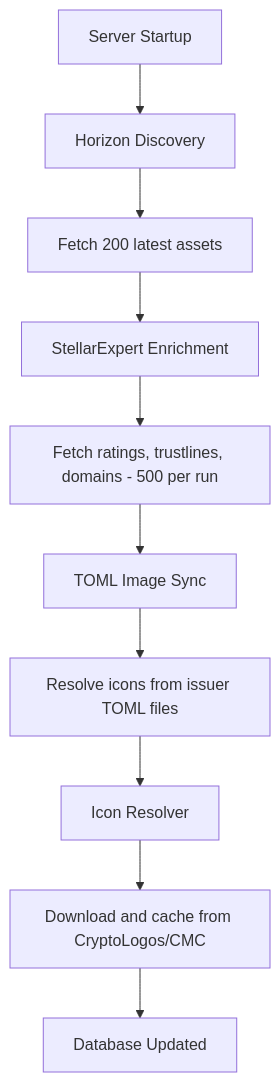
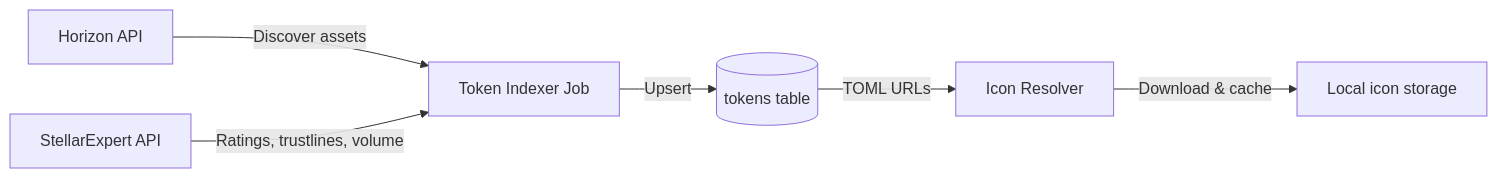
One commit to SM-Web-Systems/stellar-wallet changed the fourth of 5 diagrams in docs/ARCHITECTURE.md. Above: the diagram before and after it, drawn with Mermaid. The commit also changed other lines of this file and 5 other files, not shown here.

First line of the commit message:
docs: update README, architecture, API, MoSCoW, deployment, and FAQ

````diff
--- a/docs/ARCHITECTURE.md
+++ b/docs/ARCHITECTURE.md
@@ -84,12 +80,8 @@
 ```mermaid
-graph TD
-    A[Server Startup] --> B[Horizon Discovery]
-    B --> C[Fetch 200 latest assets]
-    C --> D[StellarExpert Enrichment]
-    D --> E[Fetch ratings, trustlines, domains - 500 per run]
-    E --> F[TOML Image Sync]
-    F --> G[Resolve icons from issuer TOML files]
-    G --> H[Icon Resolver]
-    H --> I[Download and cache from CryptoLogos/CMC]
-    I --> J[Database Updated]
+flowchart LR
+    A[Horizon API] -->|Discover assets| B[Token Indexer Job]
+    C[StellarExpert API] -->|Ratings, trustlines, volume| B
+    B -->|Upsert| D[(tokens table)]
+    D -->|TOML URLs| E[Icon Resolver]
+    E -->|Download & cache| F[Local icon storage]
 ```
````
